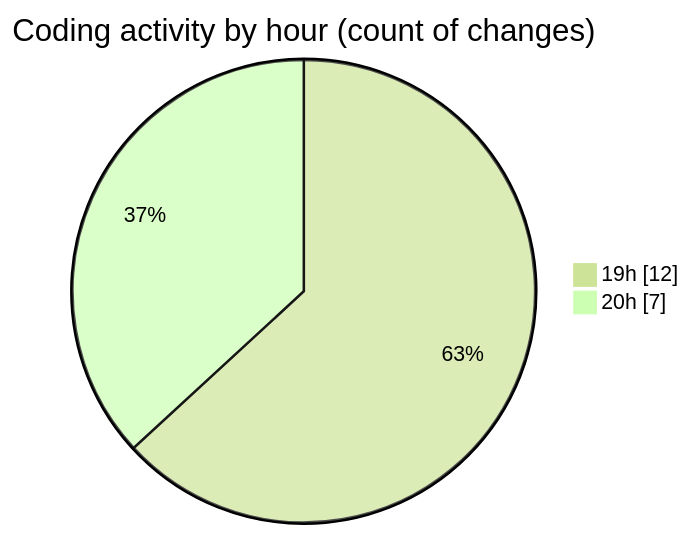
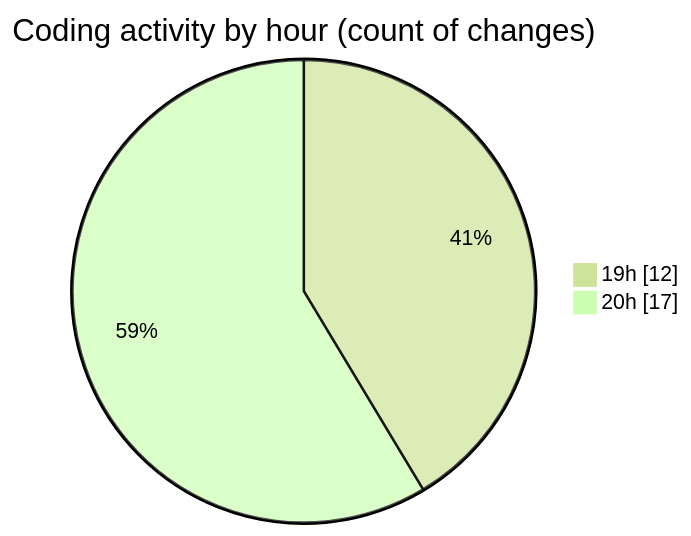
One commit to Elitesun/code-tracking changed the second of 2 diagrams in 2025-05-09/un_laala/README.md. Above: the diagram before and after it, drawn with Mermaid (forest theme). The commit also changed other lines of this file and 1 other file, not shown here.

````diff
--- a/2025-05-09/un_laala/README.md
+++ b/2025-05-09/un_laala/README.md
@@ -30,6 +35,6 @@
 ```mermaid
 pie showData
 title Coding activity by hour (count of changes)
 "19h" : 12
-"20h" : 7
+"20h" : 17
 ```
````
